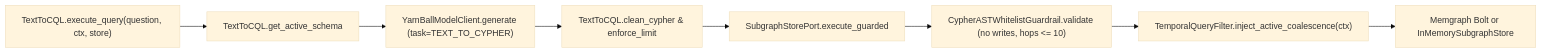
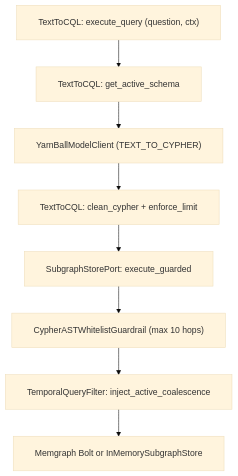
The fourth of 4 diagrams in docs/technical-report/03-retrieval-contagion-and-reporting.md (CamiloEmiliano/YarnBall), drawn with Mermaid (base theme) before and after one commit. The commit also changed other lines of this file and 6 other files, not shown here.

Commit message:
docs(technical-report): fix Mermaid rendering, Monograph numbering, notation, and Ch.0 layout

````diff
--- a/docs/technical-report/03-retrieval-contagion-and-reporting.md
+++ b/docs/technical-report/03-retrieval-contagion-and-reporting.md
@@ -267,10 +281,11 @@
 ```mermaid
-flowchart LR
-    A["TextToCQL.execute_query(question, ctx, store)"] --> B["TextToCQL.get_active_schema"]
-    B --> C["YarnBallModelClient.generate (task=TEXT_TO_CYPHER)"]
-    C --> D["TextToCQL.clean_cypher & enforce_limit"]
-    D --> E["SubgraphStorePort.execute_guarded"]
-    E --> F["CypherASTWhitelistGuardrail.validate (no writes, hops <= 10)"]
-    F --> G["TemporalQueryFilter.inject_active_coalescence(ctx)"]
+%%{init: {"flowchart": {"htmlLabels": false, "wrappingWidth": 420, "padding": 20}}}%%
+flowchart TD
+    A["TextToCQL: execute_query (question, ctx)"] --> B["TextToCQL: get_active_schema"]
+    B --> C["YarnBallModelClient (TEXT_TO_CYPHER)"]
+    C --> D["TextToCQL: clean_cypher + enforce_limit"]
+    D --> E["SubgraphStorePort: execute_guarded"]
+    E --> F["CypherASTWhitelistGuardrail (max 10 hops)"]
+    F --> G["TemporalQueryFilter: inject_active_coalescence"]
     G --> H["Memgraph Bolt or InMemorySubgraphStore"]
 ```
````
